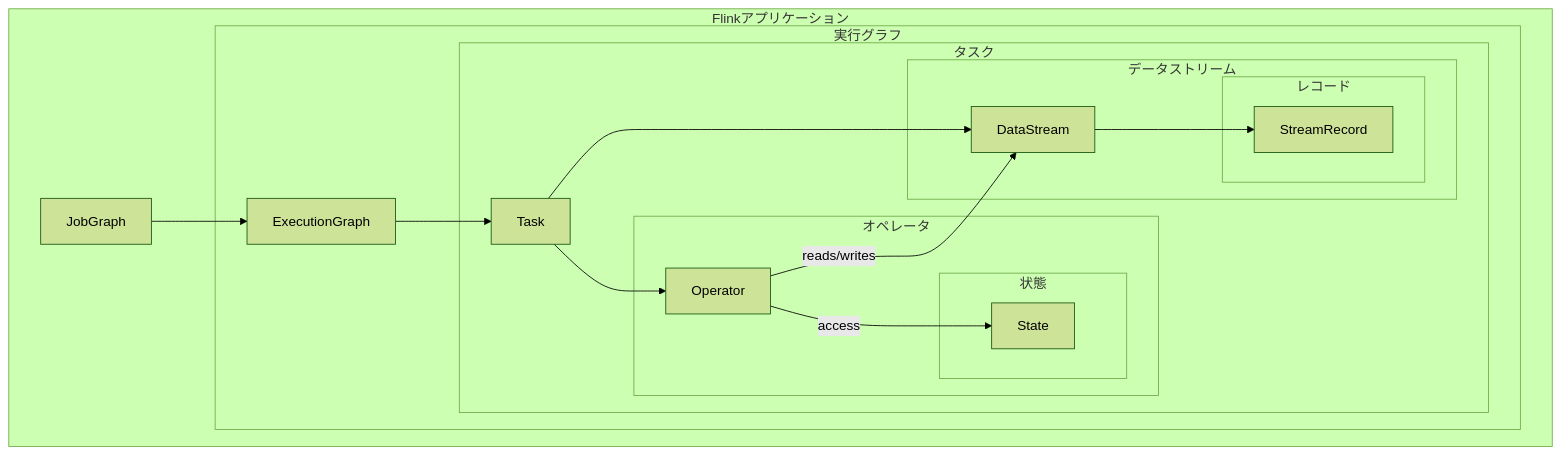
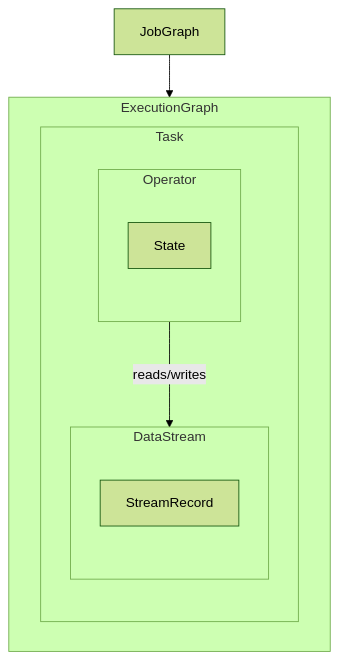
Before and after one commit to suwa-sh/zenn-contents: the fourth of 5 diagrams in articles/apache_flink_20250522.md, drawn with Mermaid (forest theme). The commit also changed other lines of this file and 1 other file, not shown here.

````diff
--- a/articles/apache_flink_20250522.md
+++ b/articles/apache_flink_20250522.md
@@ -101,32 +101,17 @@
 ```mermaid
 graph TD
-    subgraph "Flinkアプリケーション"
-        JobGraph
-        subgraph "実行グラフ"
-            ExecutionGraph
-            subgraph "タスク"
-                Task
-                subgraph "オペレータ"
-                    Operator
-                    subgraph "状態"
-                        State
-                    end
-                end
-                subgraph "データストリーム"
-                    DataStream
-                    subgraph "レコード"
-                        StreamRecord
-                    end
-                end
+    JobGraph
+    subgraph "ExecutionGraph"
+        subgraph "Task"
+            subgraph "Operator"
+                State
+            end
+            subgraph "DataStream"
+                StreamRecord
             end
         end
     end
 
     JobGraph --> ExecutionGraph
-    ExecutionGraph --> Task
-    Task --> Operator
-    Task --> DataStream
-    DataStream --> StreamRecord
     Operator -- reads/writes --> DataStream
-    Operator -- access --> State
 ```
````
